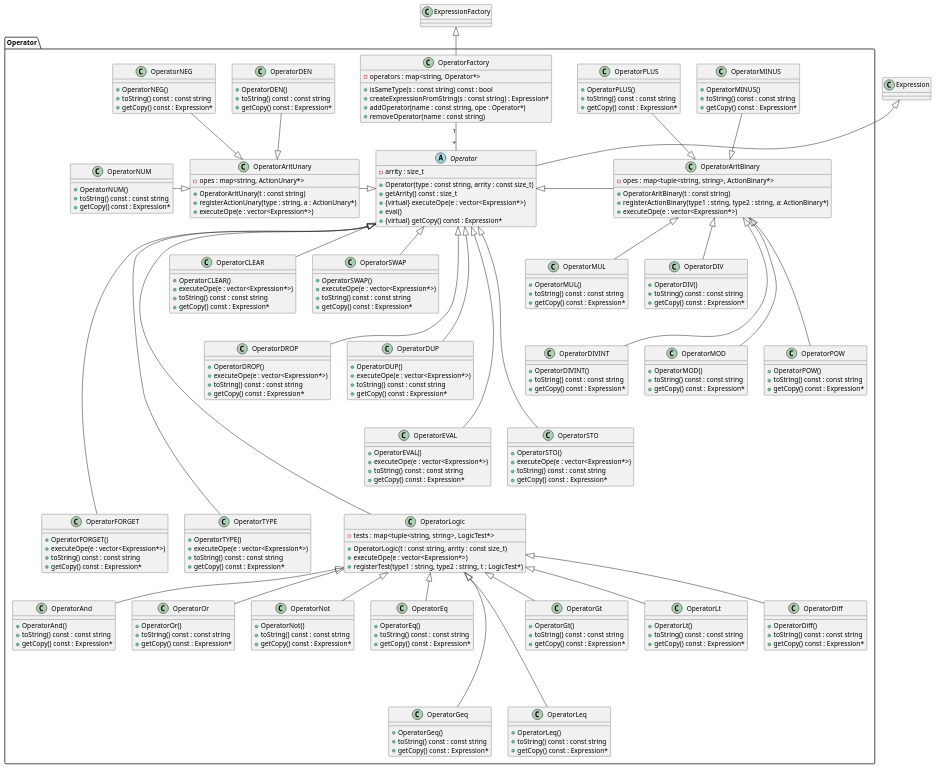
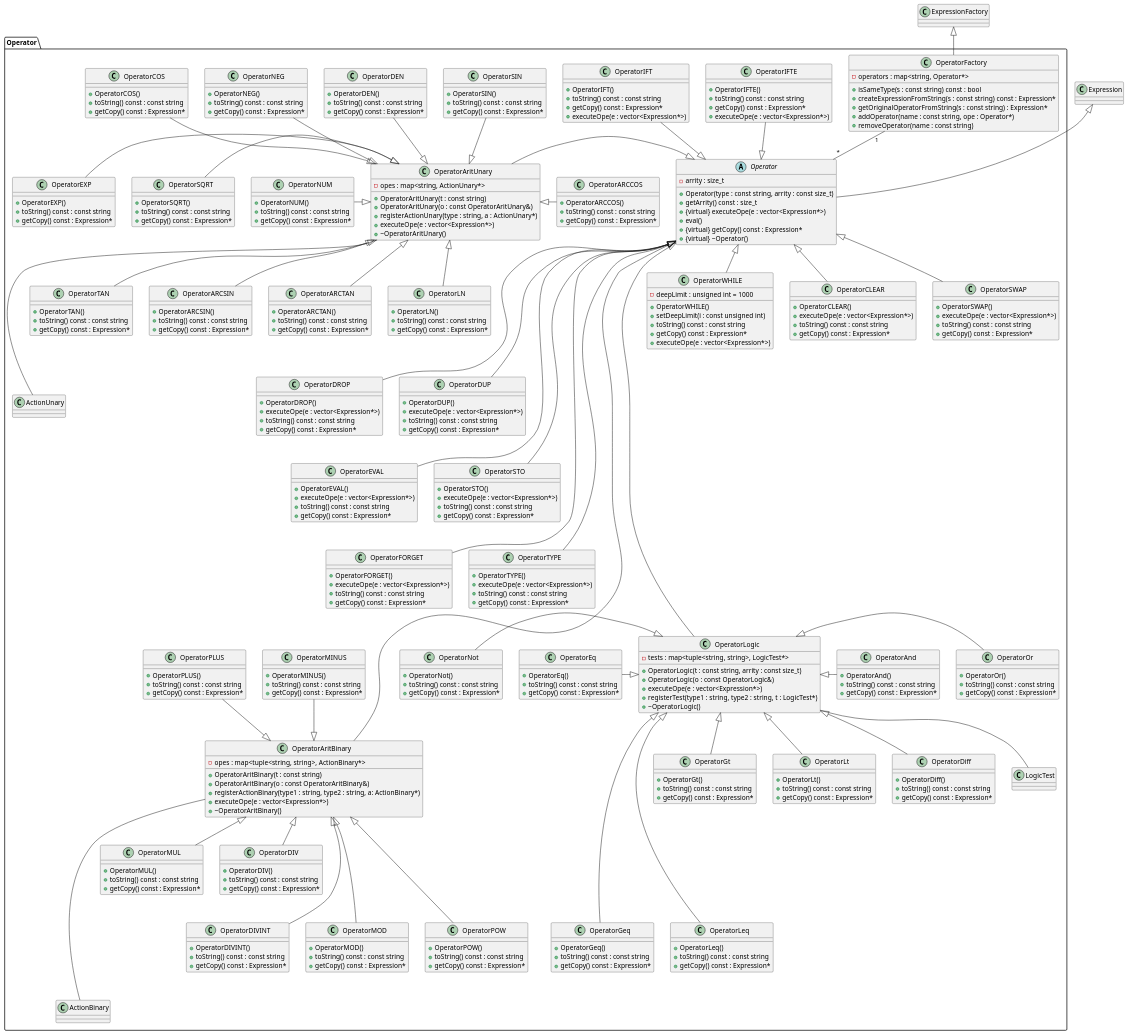
The diagram in etudes_de_projet/operator.puml (StephaneBranly/LO21-RPN-Calculator), drawn with PlantUML before and after one commit.

```diff
--- a/etudes_de_projet/operator.puml
+++ b/etudes_de_projet/operator.puml
@@ -14,24 +14,31 @@
   + {virtual} executeOpe(e : vector<Expression*>)
   + eval()
   + {virtual} getCopy() const : Expression*
+  + {virtual} ~Operator()
 }
 Expression <|-down- Operator
 
 class OperatorAritBinary{
   - opes : map<tuple<string, string>, ActionBinary*>
   + OperatorAritBinary(t : const string)
+  + OperatorAritBinary(o : const OperatorAritBinary&)
   + registerActionBinary(type1 : string, type2 : string, a: ActionBinary*)
   + executeOpe(e : vector<Expression*>)
+  + ~OperatorAritBinary()
 }
-Operator <|-right- OperatorAritBinary
+Operator <|------- OperatorAritBinary
+OperatorAritBinary ---- ActionBinary
 
 class OperatorAritUnary {
   - opes : map<string, ActionUnary*>
   + OperatorAritUnary(t : const string)
+  + OperatorAritUnary(o : const OperatorAritUnary&)
   + registerActionUnary(type : string, a : ActionUnary*)
   + executeOpe(e : vector<Expression*>)
+  + ~OperatorAritUnary()
 }
 Operator <|-left- OperatorAritUnary
+OperatorAritUnary --- ActionUnary
 
 class OperatorPLUS {
   + OperatorPLUS()
@@ -103,10 +110,100 @@
 }
 OperatorAritUnary<|-up- OperatorDEN
 
+class OperatorSIN {
+  + OperatorSIN()
+  + toString() const : const string
+  + getCopy() const : Expression*
+}
+OperatorAritUnary<|-up- OperatorSIN
+
+class OperatorCOS {
+  + OperatorCOS()
+  + toString() const : const string
+  + getCopy() const : Expression*
+}
+OperatorAritUnary<|-up- OperatorCOS
+
+class OperatorTAN {
+  + OperatorTAN()
+  + toString() const : const string
+  + getCopy() const : Expression*
+}
+OperatorAritUnary<|-down- OperatorTAN
+
+class OperatorARCSIN {
+  + OperatorARCSIN()
+  + toString() const : const string
+  + getCopy() const : Expression*
+}
+OperatorAritUnary<|-down- OperatorARCSIN
+
+class OperatorARCCOS {
+  + OperatorARCCOS()
+  + toString() const : const string
+  + getCopy() const : Expression*
+}
+OperatorAritUnary<|-right- OperatorARCCOS
+
+class OperatorARCTAN {
+  + OperatorARCTAN()
+  + toString() const : const string
+  + getCopy() const : Expression*
+}
+OperatorAritUnary<|-down- OperatorARCTAN
+
+class OperatorSQRT {
+  + OperatorSQRT()
+  + toString() const : const string
+  + getCopy() const : Expression*
+}
+OperatorAritUnary<|-left- OperatorSQRT
+
+class OperatorEXP {
+  + OperatorEXP()
+  + toString() const : const string
+  + getCopy() const : Expression*
+}
+OperatorAritUnary<|-left- OperatorEXP
+
+class OperatorLN {
+  + OperatorLN()
+  + toString() const : const string
+  + getCopy() const : Expression*
+}
+OperatorAritUnary<|-- OperatorLN
+
+class OperatorIFT {
+  + OperatorIFT()
+  + toString() const : const string
+  + getCopy() const : Expression*
+  + executeOpe(e : vector<Expression*>)
+}
+Operator <|-up- OperatorIFT
+
+class OperatorIFTE {
+  + OperatorIFTE()
+  + toString() const : const string
+  + getCopy() const : Expression*
+  + executeOpe(e : vector<Expression*>)
+}
+Operator <|-up- OperatorIFTE
+
+class OperatorWHILE {
+  - deepLimit : unsigned int = 1000
+  + OperatorWHILE()
+  + setDeepLimit(i : const unsigned int)
+  + toString() const : const string
+  + getCopy() const : Expression*
+  + executeOpe(e : vector<Expression*>) 
+}
+Operator <|-- OperatorWHILE
+
 class OperatorFactory {
   - operators : map<string, Operator*>
   + isSameType(s : const string) const : bool
-  + createExpressionFromString(s : const string) : Expression*
+  + createExpressionFromString(s : const string) const : Expression*
+  + getOriginalOperatorFromString(s : const string) : Expression*
   + addOperator(name : const string, ope : Operator*)
   + removeOperator(name : const string)
 }
@@ -116,38 +213,41 @@
 class OperatorLogic {
   - tests : map<tuple<string, string>, LogicTest*>
   + OperatorLogic(t : const string, arrity : const size_t)
+  + OperatorLogic(o : const OperatorLogic&)
   + executeOpe(e : vector<Expression*>)
   + registerTest(type1 : string, type2 : string, t : LogicTest*)
+  + ~OperatorLogic()
 }
-Operator <|----- OperatorLogic
+Operator <|------ OperatorLogic
+OperatorLogic -- LogicTest
 
 class OperatorAnd {
   + OperatorAnd()
   + toString() const : const string
   + getCopy() const : Expression*
 }
-OperatorLogic <|-- OperatorAnd
+OperatorLogic <|-right- OperatorAnd
 
 class OperatorOr {
   + OperatorOr()
   + toString() const : const string
   + getCopy() const : Expression*
 }
-OperatorLogic <|-- OperatorOr
+OperatorLogic <|-right- OperatorOr
 
 class OperatorNot {
   + OperatorNot()
   + toString() const : const string
   + getCopy() const : Expression*
 }
-OperatorLogic <|-- OperatorNot
+OperatorLogic <|-left- OperatorNot
 
 class OperatorEq {
   + OperatorEq()
   + toString() const : const string
   + getCopy() const : Expression*
 }
-OperatorLogic <|-- OperatorEq
+OperatorLogic <|-left- OperatorEq
 
 class OperatorGeq {
   + OperatorGeq()
```
